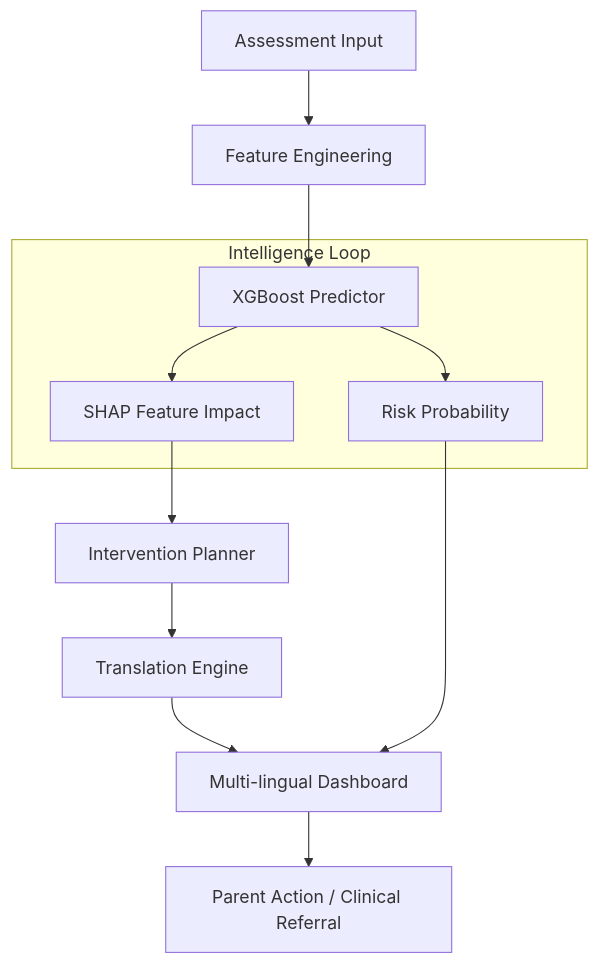
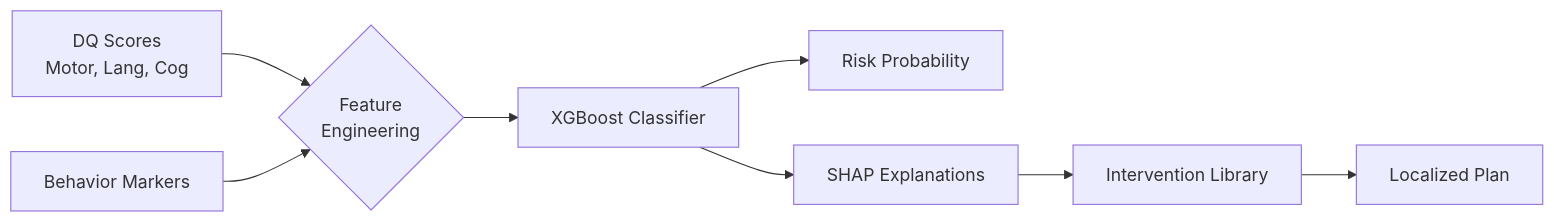
One commit to shaik7867867860089-stack/Autism changed the second of 3 diagrams in PROJECT_DOCUMENTATION.md. Above: the diagram before and after it, drawn with Mermaid. The commit also changed other lines of this file, not shown here.

````diff
--- a/PROJECT_DOCUMENTATION.md
+++ b/PROJECT_DOCUMENTATION.md
@@ -181,18 +95,10 @@
 ```mermaid
-flowchart TD
-    Raw[Assessment Input] --> Clean[Feature Engineering]
-    Clean --> Model[XGBoost Predictor]
-    
-    subgraph "Intelligence Loop"
-        Model --> Prob[Risk Probability]
-        Model --> SHAP[SHAP Feature Impact]
-    end
-    
-    SHAP --> Plan[Intervention Planner]
-    Plan --> Trans[Translation Engine]
-    
-    Trans --> UI[Multi-lingual Dashboard]
-    Prob --> UI
-    
-    UI --> Action[Parent Action / Clinical Referral]
+flowchart LR
+    A[DQ Scores<br/>Motor, Lang, Cog] --> B{Feature<br/>Engineering}
+    C[Behavior Markers] --> B
+    B --> D[XGBoost Classifier]
+    D --> E[Risk Probability]
+    D --> F[SHAP Explanations]
+    F --> G[Intervention Library]
+    G --> H[Localized Plan]
 ```
````
